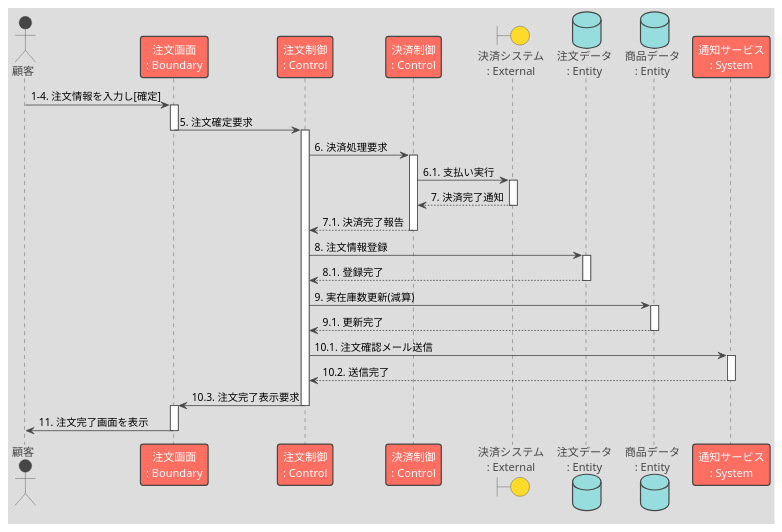
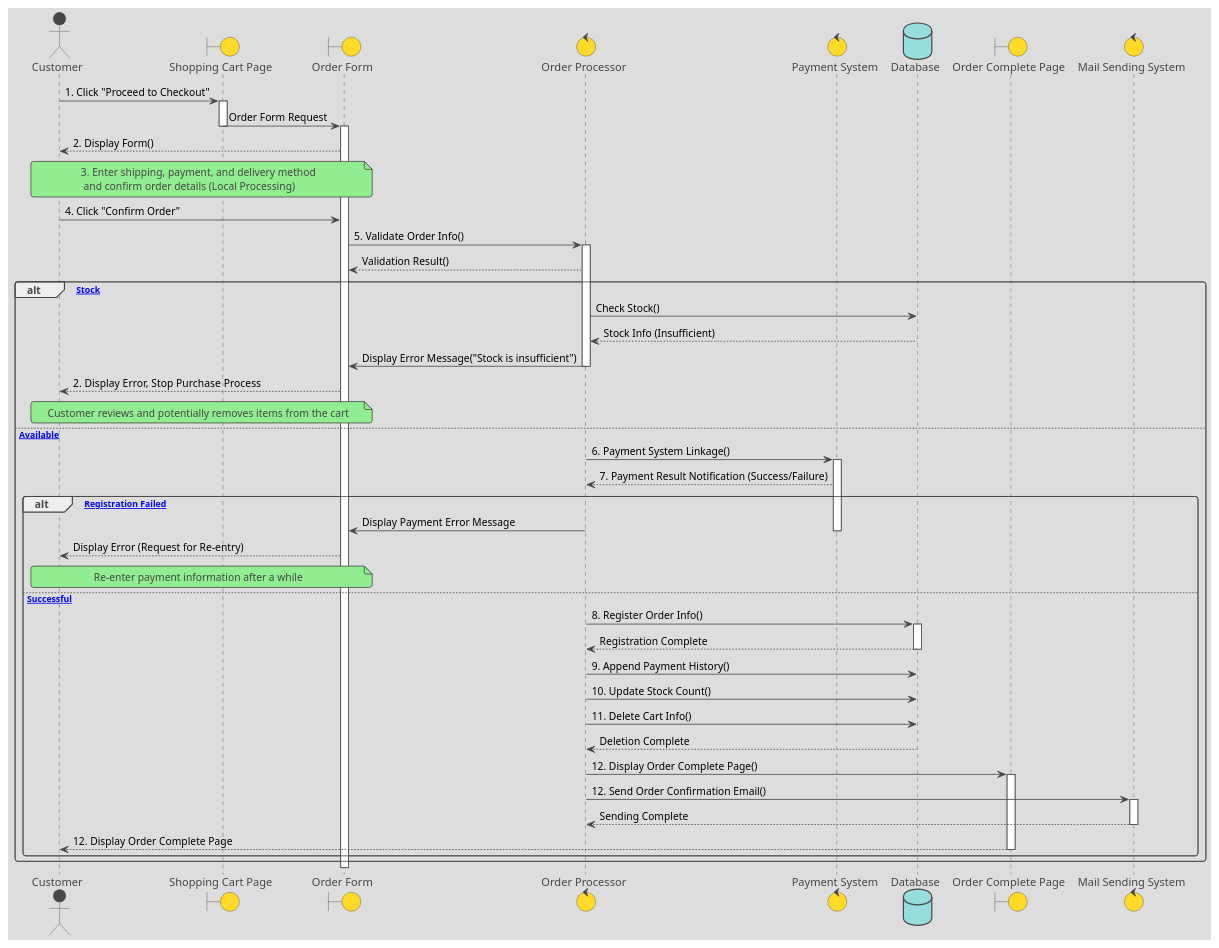
Before and after one commit to mameiku/group3-4: the diagram in Sequence_tyumon.pu, drawn with PlantUML.

Commit message:
シーケンス図　注文の変更

```diff
--- a/Sequence_tyumon.pu
+++ b/Sequence_tyumon.pu
@@ -1,56 +1,106 @@
-@startuml .
+@startuml OrderSequenceDiagram
 !theme toy
 
-actor 顧客
-participant "注文画面\n: Boundary" as Boundary_OrderForm
-participant "注文制御\n: Control" as Control_Order
-participant "決済制御\n: Control" as Control_Payment
-boundary "決済システム\n: External" as External_Payment
-database "注文データ\n: Entity" as Entity_Order
-database "商品データ\n: Entity" as Entity_Product
-participant "通知サービス\n: System" as Service_Notification
+' ====================================================================
+' Participant Definitions (Based on Use Case Description)
+' ====================================================================
+actor Customer
+boundary ShoppingCartPage as "Shopping Cart Page"
+boundary OrderForm as "Order Form"
+control OrderProcessor as "Order Processor"
+control PaymentSystem as "Payment System"
+database Database as "Database"
+boundary OrderCompletePage as "Order Complete Page"
+control MailSystem as "Mail Sending System"
 
-' 1-4. 注文確定まで (画面操作)
-顧客 -> Boundary_OrderForm : 1-4. 注文情報を入力し[確定]
-activate Boundary_OrderForm
+' ====================================================================
+' Basic Flow
+' ====================================================================
 
-' 5. 注文制御開始 (検証を含む)
-Boundary_OrderForm -> Control_Order : 5. 注文確定要求
-deactivate Boundary_OrderForm
-activate Control_Order
+' 1. The customer clicks the "Proceed to Checkout" button on the shopping cart page.
+Customer -> ShoppingCartPage : 1. Click "Proceed to Checkout"
+activate ShoppingCartPage
 
-' 6-7. 決済連携
-Control_Order -> Control_Payment : 6. 決済処理要求
-activate Control_Payment
-Control_Payment -> External_Payment : 6.1. 支払い実行
-activate External_Payment
-External_Payment --> Control_Payment : 7. 決済完了通知
-deactivate External_Payment
-Control_Payment --> Control_Order : 7.1. 決済完了報告
-deactivate Control_Payment
+ShoppingCartPage -> OrderForm : Order Form Request
+deactivate ShoppingCartPage
+activate OrderForm
 
-' 8. 注文情報の確定・登録
-Control_Order -> Entity_Order : 8. 注文情報登録
-activate Entity_Order
-Entity_Order --> Control_Order : 8.1. 登録完了
-deactivate Entity_Order
+' 2. The system displays the order form.
+OrderForm --> Customer : 2. Display Form()
 
-' 9. 在庫数の更新（実在庫減算）
-Control_Order -> Entity_Product : 9. 実在庫数更新(減算)
-activate Entity_Product
-Entity_Product --> Control_Order : 9.1. 更新完了
-deactivate Entity_Product
+' 3. The customer enters information and confirms the order details (local operation).
+Note over Customer, OrderForm : 3. Enter shipping, payment, and delivery method\n and confirm order details (Local Processing)
 
-' 10. 注文完了画面表示とメール送信
-Control_Order -> Service_Notification : 10.1. 注文確認メール送信
-activate Service_Notification
-Service_Notification --> Control_Order : 10.2. 送信完了
-deactivate Service_Notification
+' 4. The customer clicks the "Confirm Order" button.
+Customer -> OrderForm : 4. Click "Confirm Order"
 
-Control_Order -> Boundary_OrderForm : 10.3. 注文完了表示要求
-deactivate Control_Order
-activate Boundary_OrderForm
+' 5. The system validates the order content based on the entered information.
+OrderForm -> OrderProcessor : 5. Validate Order Info()
+activate OrderProcessor
+OrderProcessor --> OrderForm : Validation Result()
 
-Boundary_OrderForm -> 顧客 : 11. 注文完了画面を表示
-deactivate Boundary_OrderForm
+' --- Alternate Flow 1: Insufficient Stock ---
+alt [Insufficient Stock]
+    OrderProcessor -> Database : Check Stock()
+    Database --> OrderProcessor : Stock Info (Insufficient)
+    OrderProcessor -> OrderForm : Display Error Message("Stock is insufficient")
+    deactivate OrderProcessor
+    
+    OrderForm --> Customer : 2. Display Error, Stop Purchase Process
+
+    Note over Customer, OrderForm : Customer reviews and potentially removes items from the cart
+    ' deactivate OrderForm ' **Removed error line**
+
+else [Stock Available]
+    ' 6. The system links information to the payment system based on the selected payment method.
+    OrderProcessor -> PaymentSystem : 6. Payment System Linkage()
+    activate PaymentSystem
+
+    ' 7. The system receives a payment completion notification from the payment system.
+    PaymentSystem --> OrderProcessor : 7. Payment Result Notification (Success/Failure)
+
+    ' --- Alternate Flow 2: Payment Registration Failed ---
+    alt [Payment Registration Failed]
+        OrderProcessor -> OrderForm : Display Payment Error Message
+        deactivate PaymentSystem
+        deactivate OrderProcessor
+        OrderForm --> Customer : Display Error (Request for Re-entry)
+        Note over Customer, OrderForm : Re-enter payment information after a while
+        ' deactivate OrderForm ' **Commented out error line**
+
+    else [Payment Successful]
+        ' 8. The system finalizes the order and registers the order information in the database.
+        OrderProcessor -> Database : 8. Register Order Info()
+        activate Database
+        Database --> OrderProcessor : Registration Complete
+        deactivate Database
+
+        ' 9. The system appends to the customer's payment history (database operation).
+        OrderProcessor -> Database : 9. Append Payment History()
+
+        ' 10. The system updates the stock count of the ordered products.
+        OrderProcessor -> Database : 10. Update Stock Count()
+
+        ' 11. The system deletes the cart information for the ordered products.
+        OrderProcessor -> Database : 11. Delete Cart Info()
+        Database --> OrderProcessor : Deletion Complete
+
+        ' 12. Displays the order complete screen and sends an order confirmation email.
+        OrderProcessor -> OrderCompletePage : 12. Display Order Complete Page()
+        activate OrderCompletePage
+
+        OrderProcessor -> MailSystem : 12. Send Order Confirmation Email()
+        activate MailSystem
+        MailSystem --> OrderProcessor : Sending Complete
+        deactivate MailSystem
+
+        deactivate OrderProcessor
+        OrderCompletePage --> Customer : 12. Display Order Complete Page
+        deactivate OrderCompletePage
+        ' deactivate OrderForm ' **Basic Flow lifeline end**
+    end ' Close Payment Result alt
+end ' Close Stock Check alt
+
+' deactivate OrderForm ' Original deleted line
+
 @enduml
```
